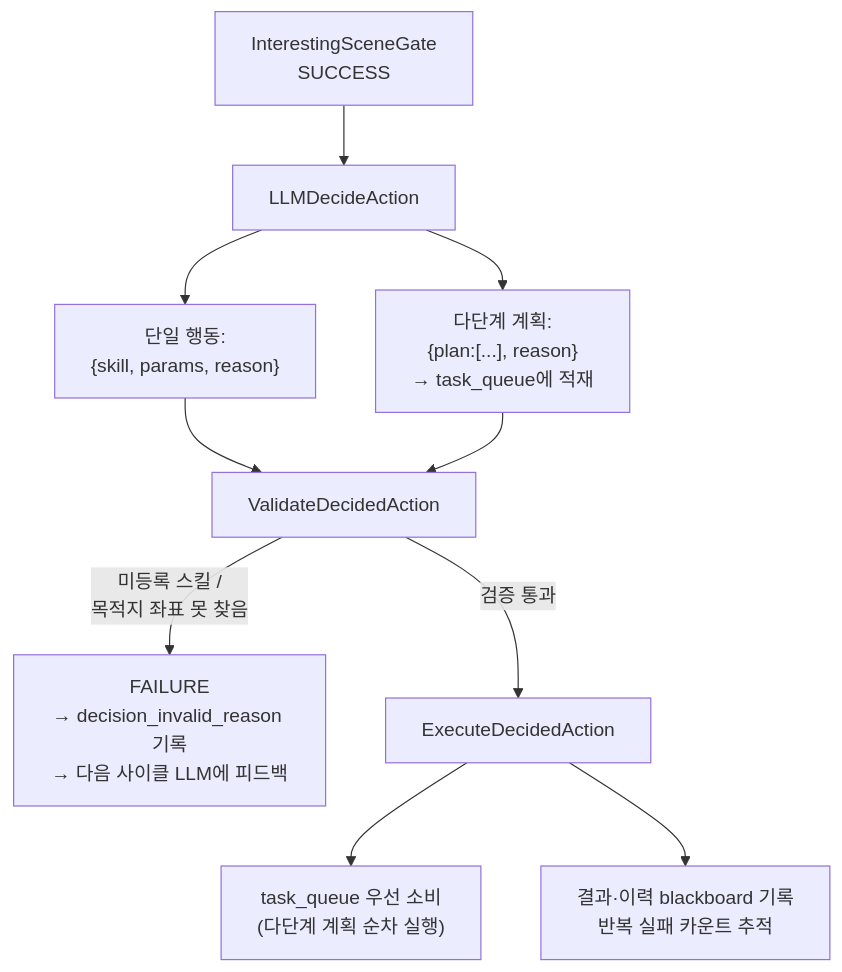
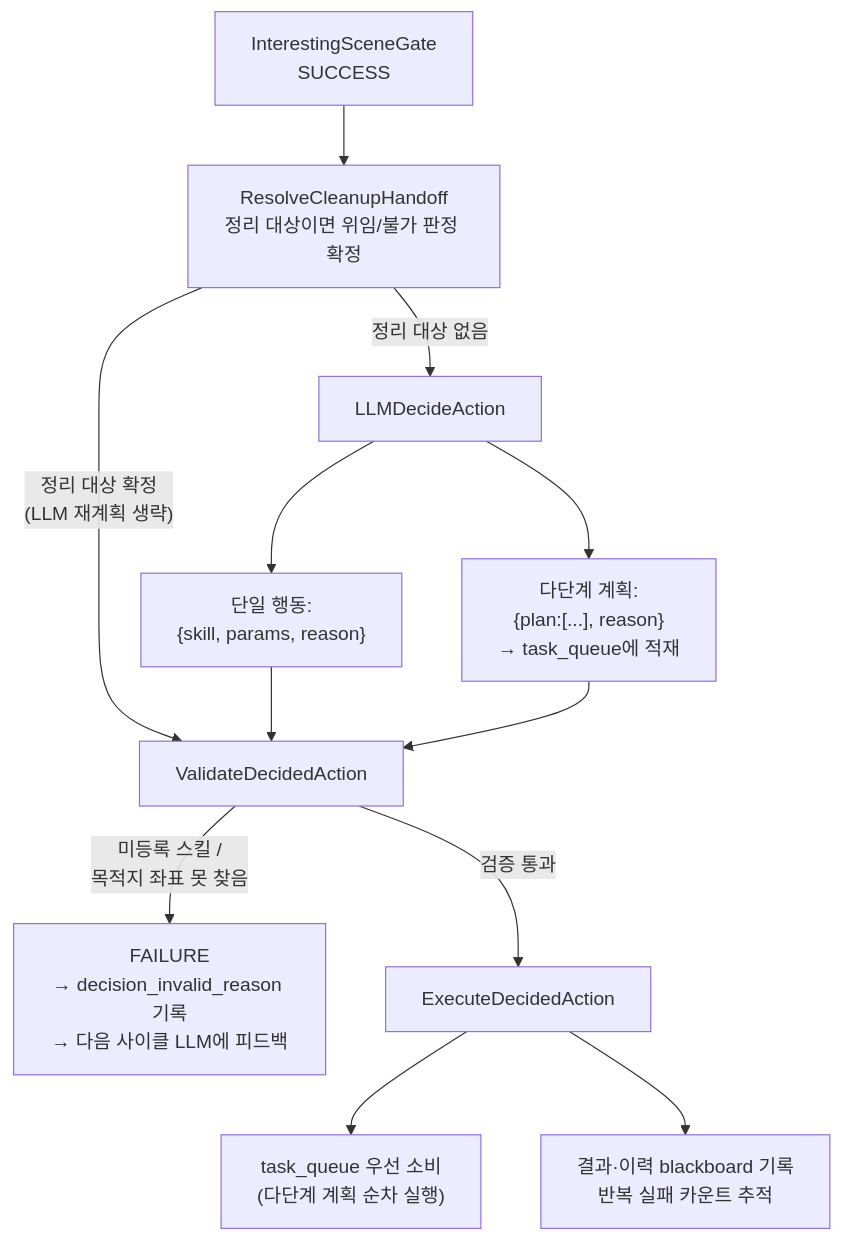
The third of 5 diagrams in docs/behavior-tree/02-autonomous-act.md (Open-Edge-Robotics/A.RobotAI-Robot-RoboClaw), drawn with Mermaid before and after one commit. The commit also changed other lines of this file and 7 other files, not shown here.

````diff
--- a/docs/behavior-tree/02-autonomous-act.md
+++ b/docs/behavior-tree/02-autonomous-act.md
@@ -156,12 +153,14 @@
 ```mermaid
 flowchart TB
-    G["InterestingSceneGate\nSUCCESS"] --> L["LLMDecideAction"]
+    G["InterestingSceneGate\nSUCCESS"] --> C["ResolveCleanupHandoff\n정리 대상이면 위임/불가 판정 확정"]
+    C -->|"정리 대상 확정\n(LLM 재계획 생략)"| V["ValidateDecidedAction"]
+    C -->|"정리 대상 없음"| L["LLMDecideAction"]
     L --> L1["단일 행동:\n{skill, params, reason}"]
     L --> L2["다단계 계획:\n{plan:[...], reason}\n→ task_queue에 적재"]
-    L1 --> V["ValidateDecidedAction"]
+    L1 --> V
     L2 --> V
     V -->|"미등록 스킬 /\n목적지 좌표 못 찾음"| VF["FAILURE\n→ decision_invalid_reason 기록\n→ 다음 사이클 LLM에 피드백"]
     V -->|"검증 통과"| E["ExecuteDecidedAction"]
     E --> E1["task_queue 우선 소비\n(다단계 계획 순차 실행)"]
     E --> E2["결과·이력 blackboard 기록\n반복 실패 카운트 추적"]
 ```
````
